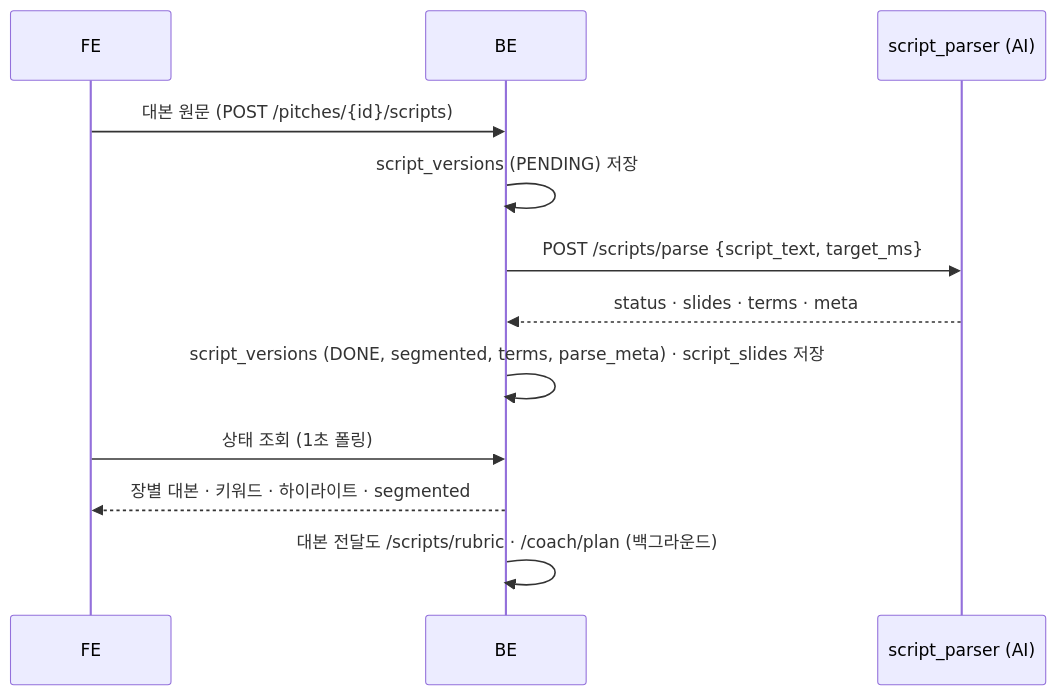
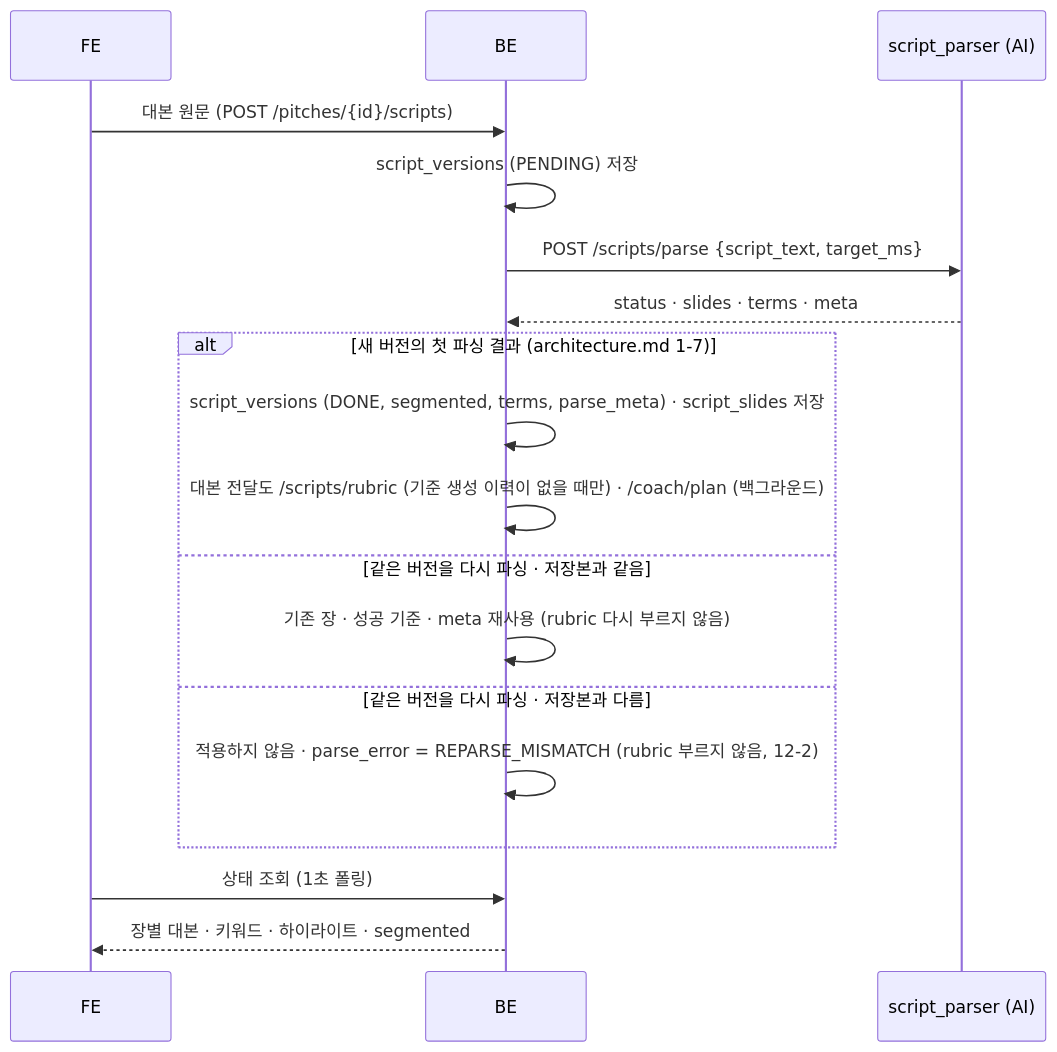
Before and after one commit to kakaotechcampus-4/ktc4-pusan-2: the second of 2 diagrams in docs/ai/features/script-parser.md, drawn with Mermaid. The commit also changed other lines of this file, not shown here.

Commit message:
docs(ai): script-parser 3 · 12절에 rubric 부르는 조건 — 새 버전 첫 생성만, 다시 파싱한 결과가 다르면 적용 · 호출 안 함 (architecture 1-6 · 1-7, #589)

````diff
--- a/docs/ai/features/script-parser.md
+++ b/docs/ai/features/script-parser.md
@@ -250,14 +250,20 @@
 ```mermaid
 sequenceDiagram
     participant FE
     participant BE
     participant P as script_parser (AI)
     FE->>BE: 대본 원문 (POST /pitches/{id}/scripts)
     BE->>BE: script_versions (PENDING) 저장
     BE->>P: POST /scripts/parse {script_text, target_ms}
     P-->>BE: status · slides · terms · meta
-    BE->>BE: script_versions (DONE, segmented, terms, parse_meta) · script_slides 저장
+    alt 새 버전의 첫 파싱 결과 (architecture.md 1-7)
+        BE->>BE: script_versions (DONE, segmented, terms, parse_meta) · script_slides 저장
+        BE->>BE: 대본 전달도 /scripts/rubric (기준 생성 이력이 없을 때만) · /coach/plan (백그라운드)
+    else 같은 버전을 다시 파싱 · 저장본과 같음
+        BE->>BE: 기존 장 · 성공 기준 · meta 재사용 (rubric 다시 부르지 않음)
+    else 같은 버전을 다시 파싱 · 저장본과 다름
+        BE->>BE: 적용하지 않음 · parse_error = REPARSE_MISMATCH (rubric 부르지 않음, 12-2)
+    end
     FE->>BE: 상태 조회 (1초 폴링)
     BE-->>FE: 장별 대본 · 키워드 · 하이라이트 · segmented
-    BE->>BE: 대본 전달도 /scripts/rubric · /coach/plan (백그라운드)
 ```
````
